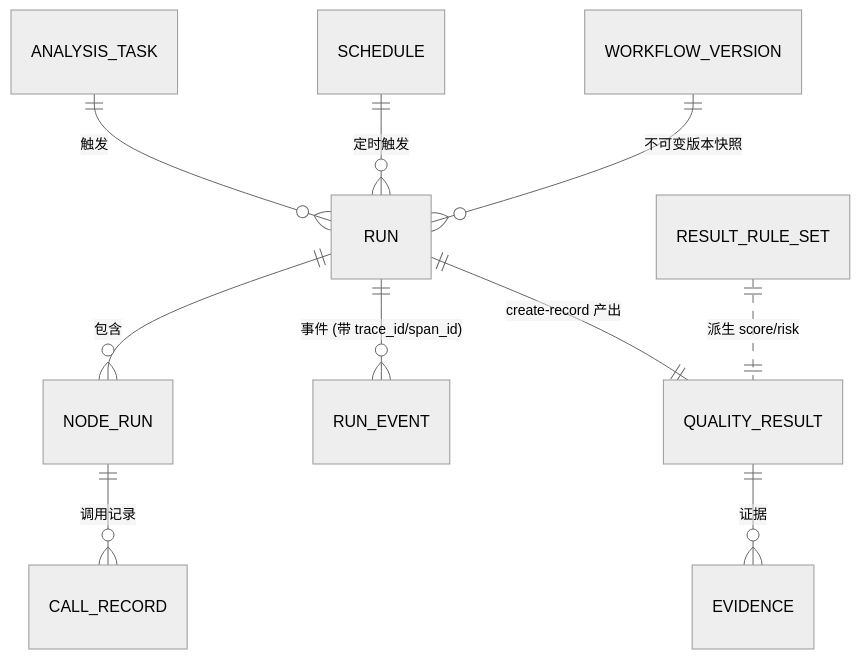
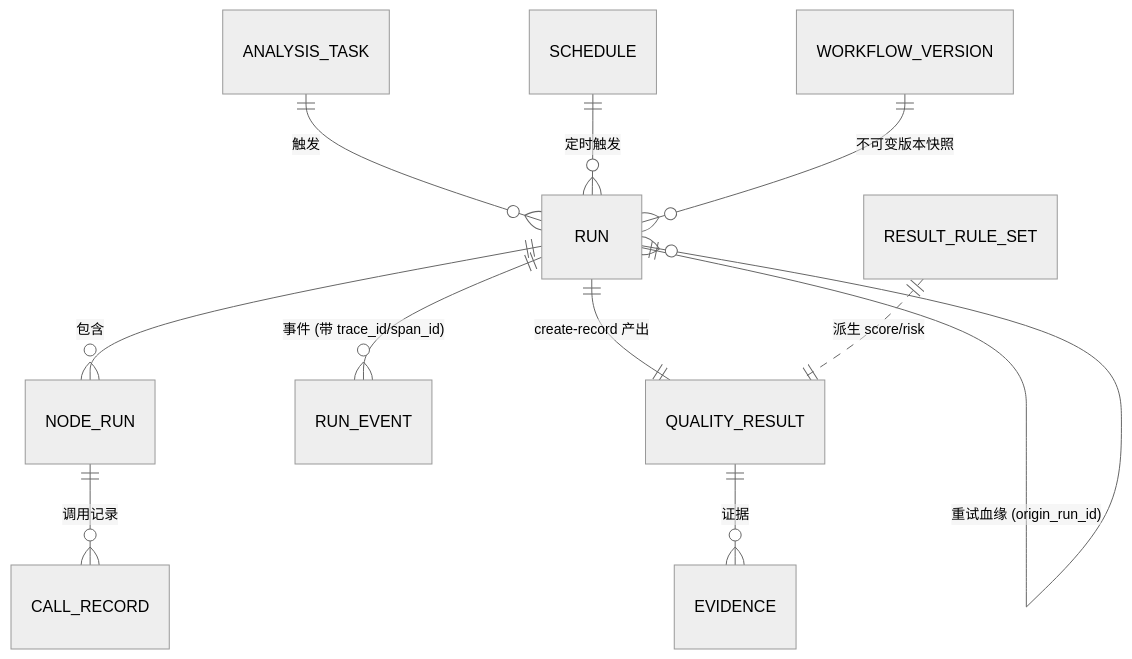
The second of 4 diagrams in .qoder/repowiki/zh/content/任务与执行域.md (huiliuxu780/MoreThanCorn), drawn with Mermaid (neutral theme) before and after one commit. The commit also changed other lines of this file and 147 other files, not shown here.

````diff
--- a/.qoder/repowiki/zh/content/任务与执行域.md
+++ b/.qoder/repowiki/zh/content/任务与执行域.md
@@ -114,12 +134,13 @@
 ```mermaid
 erDiagram
 ANALYSIS_TASK ||--o{ RUN : "触发"
 SCHEDULE ||--o{ RUN : "定时触发"
 WORKFLOW_VERSION ||--o{ RUN : "不可变版本快照"
 RUN ||--o{ NODE_RUN : "包含"
 RUN ||--o{ RUN_EVENT : "事件 (带 trace_id/span_id)"
 RUN ||--|| QUALITY_RESULT : "create-record 产出"
 QUALITY_RESULT ||--o{ EVIDENCE : "证据"
 NODE_RUN ||--o{ CALL_RECORD : "调用记录"
 RESULT_RULE_SET ||..|| QUALITY_RESULT : "派生 score/risk"
+RUN ||--o{ RUN : "重试血缘 (origin_run_id)"
 ```
````
